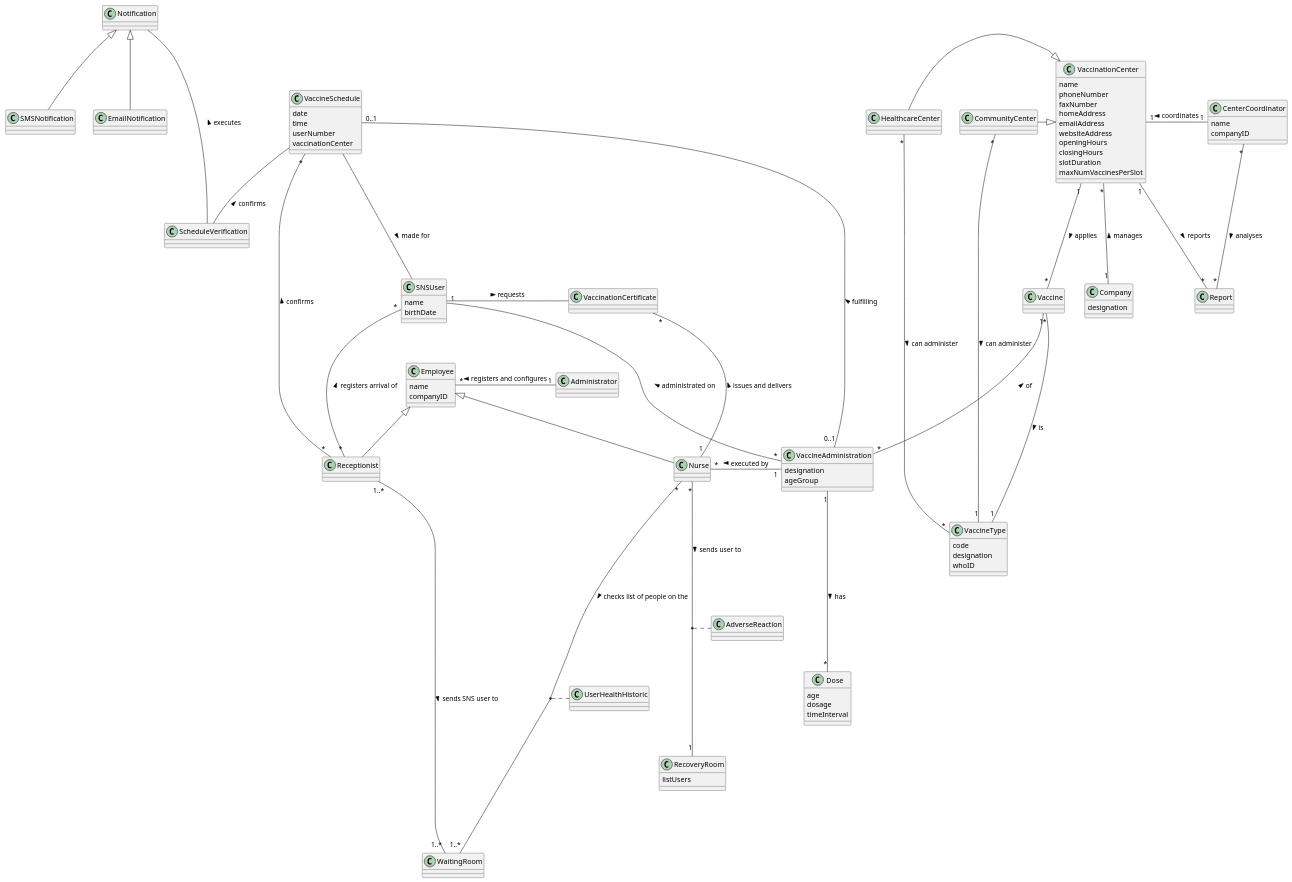
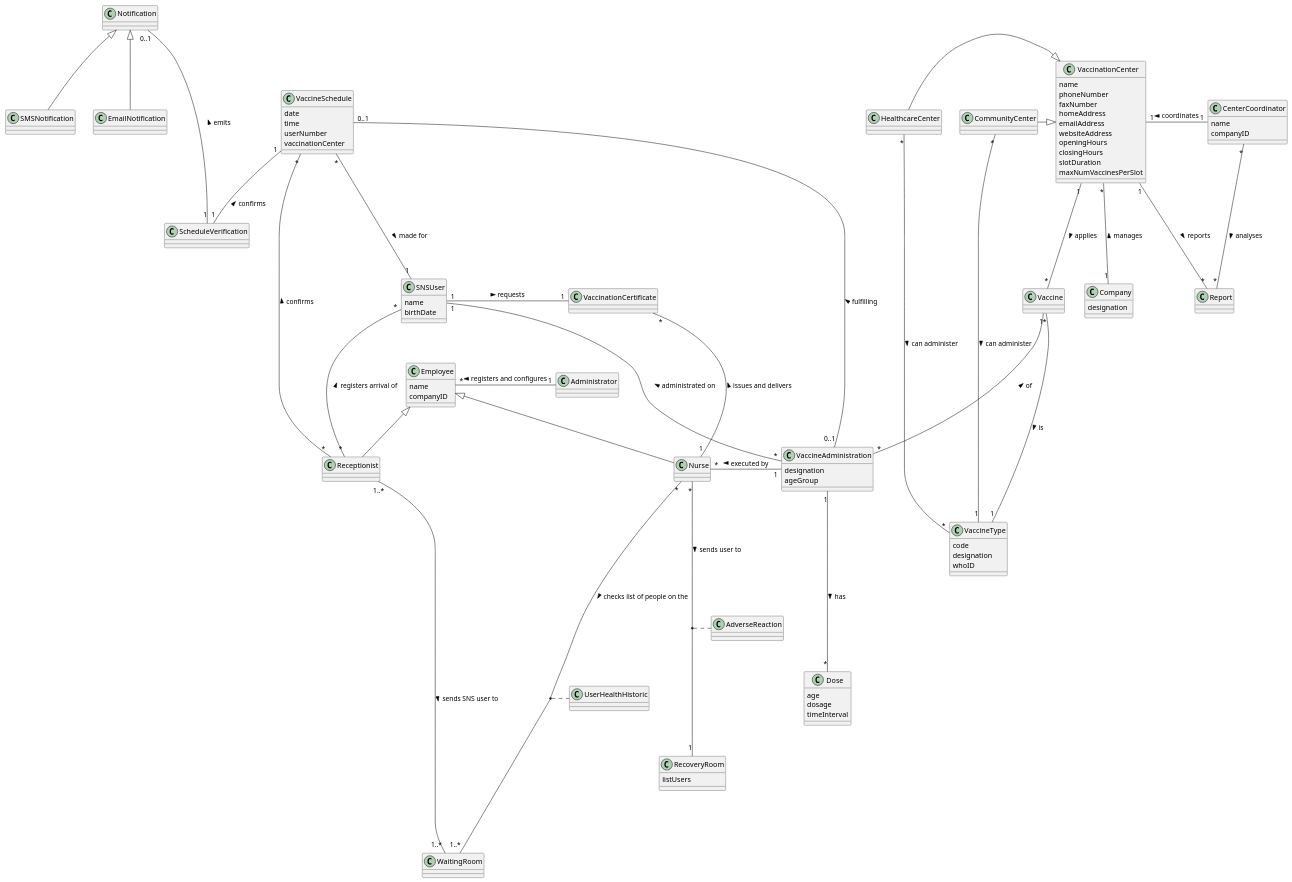
The diagram in docs/SprintA/DM_Code.puml (diogonapoles/isep-lapr2), drawn with PlantUML before and after one commit.

Commit message:
Finished the Domain Model code

```diff
--- a/docs/SprintA/DM_Code.puml
+++ b/docs/SprintA/DM_Code.puml
@@ -1,141 +1,141 @@
 @startuml
 class HealthcareCenter{
 }
 
 class Report
 
 class CenterCoordinator{
 name
 companyID
 }
 
 class Company{
 designation
 }
 
 class Administrator
 
 class Vaccine
 
 class VaccineSchedule{
 date
 time
 userNumber
 vaccinationCenter
 }
 
 class Receptionist
 
 class SNSUser{
 name
 birthDate
 }
 
 class Notification
 
 class SMSNotification
 
 class EmailNotification
 
 class Report
 
 class Dose{
 age
 dosage
 timeInterval
 }
 
 class VaccineAdministration{
 designation
 ageGroup
 }
 
 class Nurse
 
 class AdverseReaction
 
 class RecoveryRoom{
 listUsers
 }
 
 
 class CommunityCenter{
 }
 
 class VaccinationCenter{
 name
 phoneNumber
 faxNumber
 homeAddress
 emailAddress
 websiteAddress
 openingHours
 closingHours
 slotDuration
 maxNumVaccinesPerSlot
 }
 
 class VaccineType{
 code
 designation
 whoID
 }
 
 class VaccinationCertificate
 
 class ScheduleVerification
 
 class WaitingRoom
 
 class Employee{
 name
 companyID
 }
 
 Employee <|-down- Nurse
 Employee <|-down- Receptionist
 
 Company "1" -up-- "*" VaccinationCenter : manages >
 
 VaccinationCenter "1" -down-- "*"Vaccine : applies >
 
 Vaccine "*" -down--- "1" VaccineType : is >
 Vaccine "1" -down-- "*" VaccineAdministration : of <
 
 VaccinationCenter <|-left- HealthcareCenter
 VaccinationCenter <|-left- CommunityCenter
 VaccinationCenter "1" -up-- "*" Report : reports >
 
 HealthcareCenter "*" -down- "*" VaccineType : can administer >
 CommunityCenter "*" -right- "1" VaccineType : can administer >
 
 VaccineAdministration "0..1" -right- "0..1" VaccineSchedule : > fulfilling
 VaccineAdministration "*" -down-- "1" SNSUser : > administrated on
 VaccineAdministration "1" -down--- "*" Dose : has >
 
 CenterCoordinator "1" -left- "1" VaccinationCenter : coordinates >
 CenterCoordinator "*" --- "*" Report : analyses >
 
 Administrator "1" -left- "*" Employee : registers and configures >
 
-SNSUser -right-- VaccinationCertificate : requests >
+SNSUser "1" -right-- "1" VaccinationCertificate : requests >
 
-VaccineSchedule -down-- SNSUser : made for >
+VaccineSchedule "*" -down-- "1" SNSUser : made for >
 
 Receptionist "*" -up-- "*" SNSUser : registers arrival of >
 Receptionist "*" -down--- "*" VaccineSchedule : confirms >
 Receptionist "1..*"-right-- "1..*"WaitingRoom : sends SNS user to >
 
 Nurse "*" -down--- "1..*" WaitingRoom : checks list of people on the >
 (Nurse, WaitingRoom) .. UserHealthHistoric
 Nurse "1" -up-- "*" VaccinationCertificate : issues and delivers >
 Nurse "*" -down-- "1" RecoveryRoom : sends user to >
 (Nurse, RecoveryRoom) .. AdverseReaction
 VaccineAdministration "1" -left- "*" Nurse : executed by >
 
-ScheduleVerification -up- VaccineSchedule : confirms >
-ScheduleVerification -up-- Notification : executes >
+ScheduleVerification "1" -up- "1" VaccineSchedule : confirms >
+ScheduleVerification "1" -up-- "0..1" Notification : emits >
 
 Notification <|-- SMSNotification
 Notification <|-- EmailNotification
 @enduml
```
